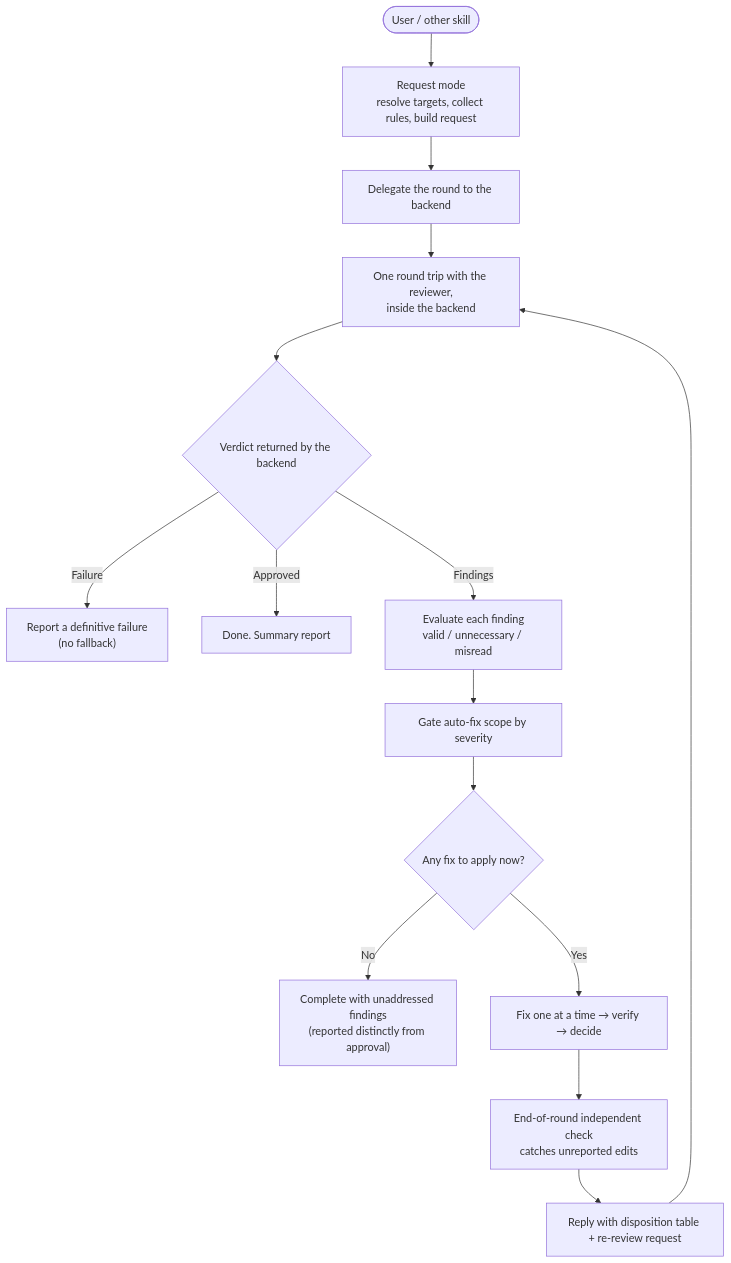
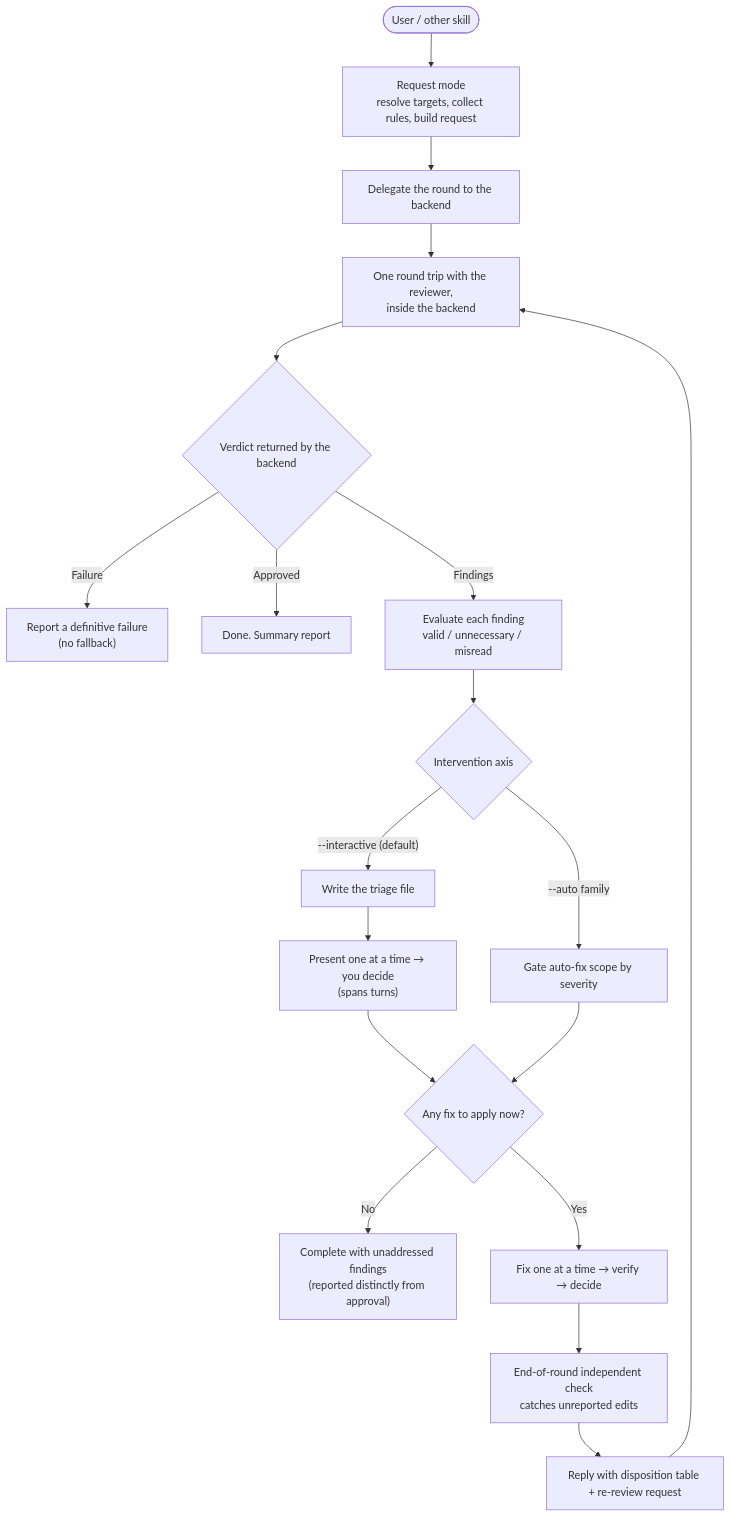
One commit to BlueEventHorizon/bw-cc-plugins changed the diagram in docs/readme/forge/guide_review.md. Above: the diagram before and after it, drawn with Mermaid. The commit also changed other lines of this file and 26 other files, not shown here.

````diff
--- a/docs/readme/forge/guide_review.md
+++ b/docs/readme/forge/guide_review.md
@@ -201,29 +200,37 @@
 ```mermaid
 flowchart TD
     START([User / other skill]) --> REQ
 
     REQ["Request mode<br/>resolve targets, collect rules, build request"] --> SEND
 
     SEND["Delegate the round to the backend"] --> WAIT
 
     WAIT["One round trip with the reviewer,<br/>inside the backend"] --> RESULT
 
     RESULT{Verdict returned by the backend}
     RESULT -->|"Failure"| FAIL["Report a definitive failure<br/>(no fallback)"]
     RESULT -->|"Approved"| DONE["Done. Summary report"]
     RESULT -->|"Findings"| EVAL
 
-    EVAL["Evaluate each finding<br/>valid / unnecessary / misread"] --> GATE
+    EVAL["Evaluate each finding<br/>valid / unnecessary / misread"] --> MODE
+
+    MODE{Intervention axis}
+    MODE -->|"--interactive (default)"| TRIAGE
+    MODE -->|"--auto family"| GATE
+
+    TRIAGE["Write the triage file"] --> STEP
+
+    STEP["Present one at a time → you decide<br/>(spans turns)"] --> CONFIRM
 
     GATE["Gate auto-fix scope by severity"] --> CONFIRM
 
     CONFIRM{Any fix to apply now?}
     CONFIRM -->|No| DONE2["Complete with unaddressed findings<br/>(reported distinctly from approval)"]
     CONFIRM -->|Yes| FIX
 
     FIX["Fix one at a time → verify → decide"] --> VERIFY
 
     VERIFY["End-of-round independent check<br/>catches unreported edits"] --> REPLY
 
     REPLY["Reply with disposition table + re-review request"] --> WAIT
 ```
````
